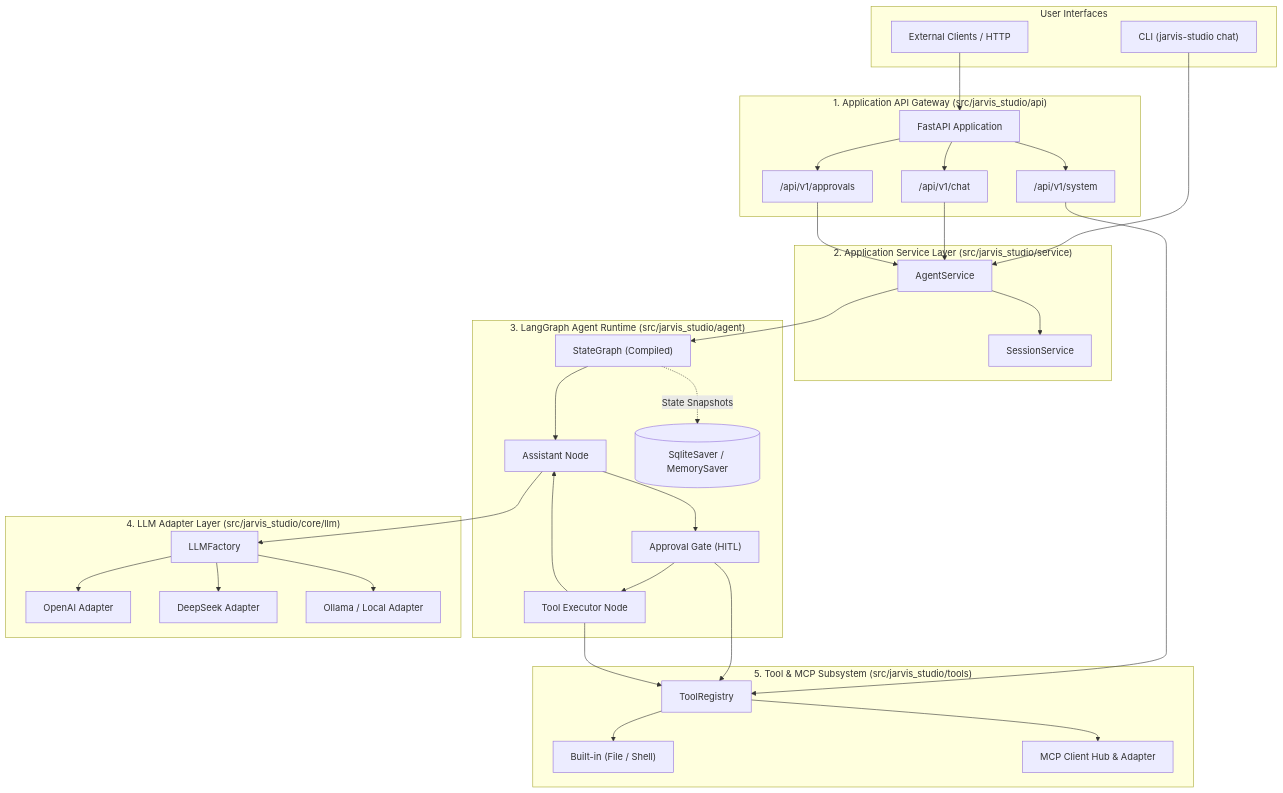
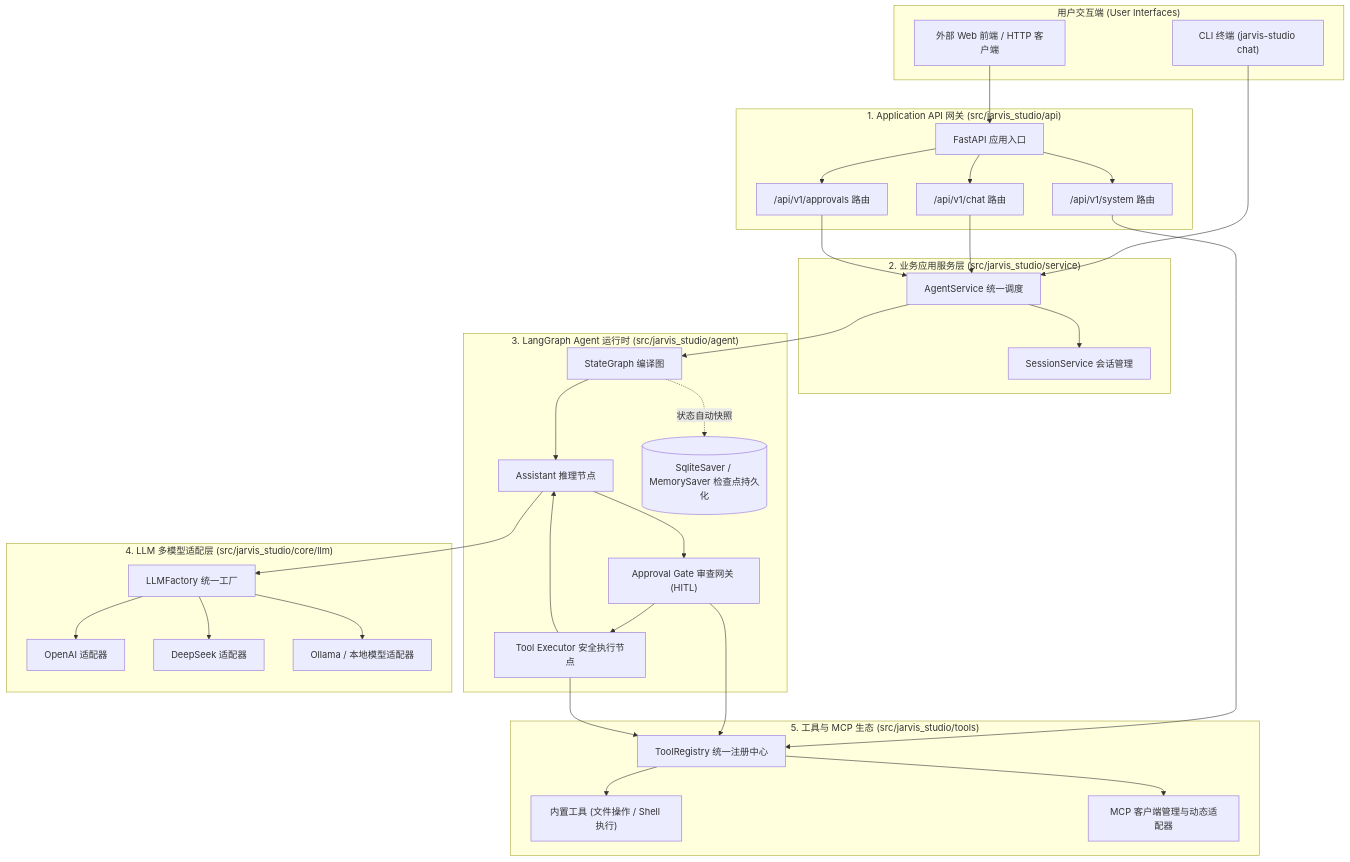
One commit to theGitForDalibor/JarvisStudio changed the diagram in docs/architecture/system-architecture.md. Above: the diagram before and after it, drawn with Mermaid. The commit also changed other lines of this file and 16 other files, not shown here.

````diff
--- a/docs/architecture/system-architecture.md
+++ b/docs/architecture/system-architecture.md
@@ -20,55 +20,55 @@
 ```mermaid
 flowchart TD
-    subgraph UI ["User Interfaces"]
-        CLI["CLI (jarvis-studio chat)"]
-        API_CLIENT["External Clients / HTTP"]
+    subgraph UI ["用户交互端 (User Interfaces)"]
+        CLI["CLI 终端 (jarvis-studio chat)"]
+        API_CLIENT["外部 Web 前端 / HTTP 客户端"]
     end
 
-    subgraph GATEWAY ["1. Application API Gateway (src/jarvis_studio/api)"]
-        FASTAPI["FastAPI Application"]
-        ROUTES_CHAT["/api/v1/chat"]
-        ROUTES_APPR["/api/v1/approvals"]
-        ROUTES_SYS["/api/v1/system"]
+    subgraph GATEWAY ["1. Application API 网关 (src/jarvis_studio/api)"]
+        FASTAPI["FastAPI 应用入口"]
+        ROUTES_CHAT["/api/v1/chat 路由"]
+        ROUTES_APPR["/api/v1/approvals 路由"]
+        ROUTES_SYS["/api/v1/system 路由"]
     end
 
-    subgraph SERVICE ["2. Application Service Layer (src/jarvis_studio/service)"]
-        AGENT_SVC["AgentService"]
-        SESS_SVC["SessionService"]
+    subgraph SERVICE ["2. 业务应用服务层 (src/jarvis_studio/service)"]
+        AGENT_SVC["AgentService 统一调度"]
+        SESS_SVC["SessionService 会话管理"]
     end
 
-    subgraph RUNTIME ["3. LangGraph Agent Runtime (src/jarvis_studio/agent)"]
-        GRAPH["StateGraph (Compiled)"]
-        NODE_ASST["Assistant Node"]
-        NODE_GATE["Approval Gate (HITL)"]
-        NODE_EXEC["Tool Executor Node"]
-        CHECKPOINTER[("SqliteSaver / MemorySaver")]
+    subgraph RUNTIME ["3. LangGraph Agent 运行时 (src/jarvis_studio/agent)"]
+        GRAPH["StateGraph 编译图"]
+        NODE_ASST["Assistant 推理节点"]
+        NODE_GATE["Approval Gate 审查网关 (HITL)"]
+        NODE_EXEC["Tool Executor 安全执行节点"]
+        CHECKPOINTER[("SqliteSaver / MemorySaver 检查点持久化")]
     end
 
-    subgraph ADAPTERS ["4. LLM Adapter Layer (src/jarvis_studio/core/llm)"]
-        FACTORY["LLMFactory"]
-        PROVIDER_OPENAI["OpenAI Adapter"]
-        PROVIDER_DEEPSEEK["DeepSeek Adapter"]
-        PROVIDER_OLLAMA["Ollama / Local Adapter"]
+    subgraph ADAPTERS ["4. LLM 多模型适配层 (src/jarvis_studio/core/llm)"]
+        FACTORY["LLMFactory 统一工厂"]
+        PROVIDER_OPENAI["OpenAI 适配器"]
+        PROVIDER_DEEPSEEK["DeepSeek 适配器"]
+        PROVIDER_OLLAMA["Ollama / 本地模型适配器"]
     end
 
-    subgraph TOOLS ["5. Tool & MCP Subsystem (src/jarvis_studio/tools)"]
-        REGISTRY["ToolRegistry"]
-        BUILTIN_TOOLS["Built-in (File / Shell)"]
-        MCP_HUB["MCP Client Hub & Adapter"]
+    subgraph TOOLS ["5. 工具与 MCP 生态 (src/jarvis_studio/tools)"]
+        REGISTRY["ToolRegistry 统一注册中心"]
+        BUILTIN_TOOLS["内置工具 (文件操作 / Shell 执行)"]
+        MCP_HUB["MCP 客户端管理与动态适配器"]
     end
 
     CLI --> AGENT_SVC
     API_CLIENT --> FASTAPI
     FASTAPI --> ROUTES_CHAT & ROUTES_APPR & ROUTES_SYS
     ROUTES_CHAT --> AGENT_SVC
     ROUTES_APPR --> AGENT_SVC
     ROUTES_SYS --> REGISTRY
     AGENT_SVC --> SESS_SVC
     AGENT_SVC --> GRAPH
     GRAPH --> NODE_ASST --> NODE_GATE --> NODE_EXEC --> NODE_ASST
-    GRAPH -. State Snapshots .-> CHECKPOINTER
+    GRAPH -. 状态自动快照 .-> CHECKPOINTER
     NODE_ASST --> FACTORY
     FACTORY --> PROVIDER_OPENAI & PROVIDER_DEEPSEEK & PROVIDER_OLLAMA
     NODE_GATE & NODE_EXEC --> REGISTRY
     REGISTRY --> BUILTIN_TOOLS & MCP_HUB
 ```
````
